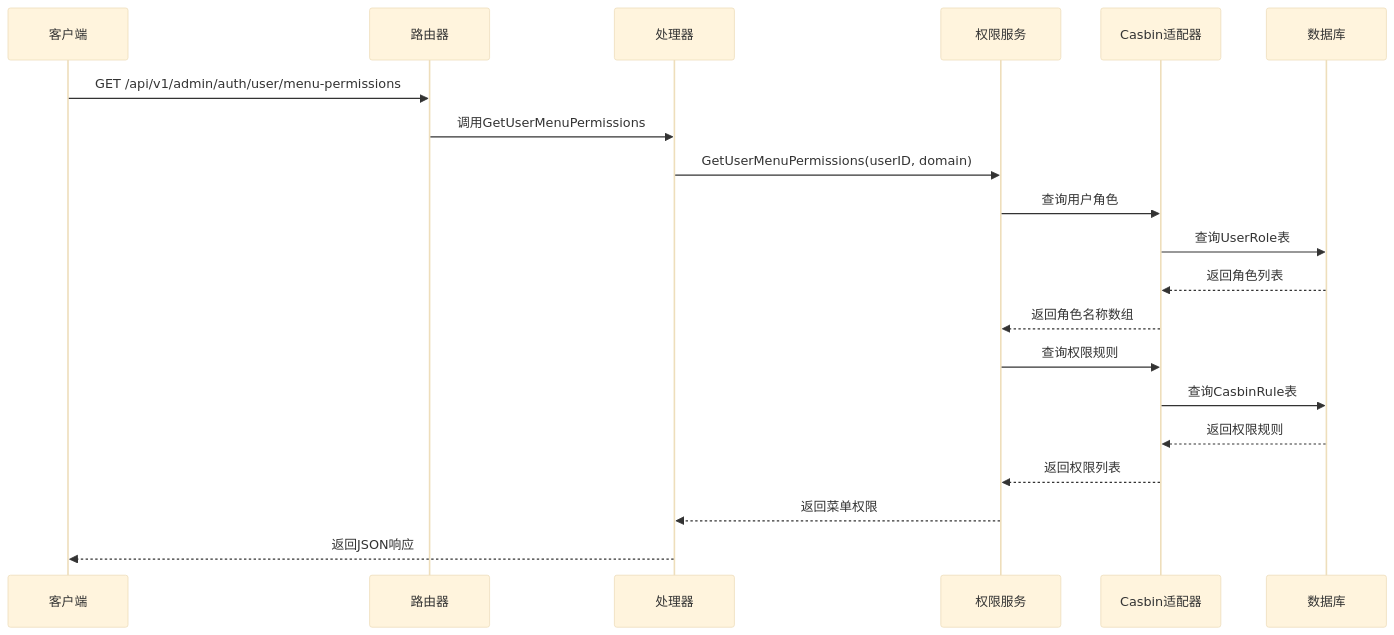
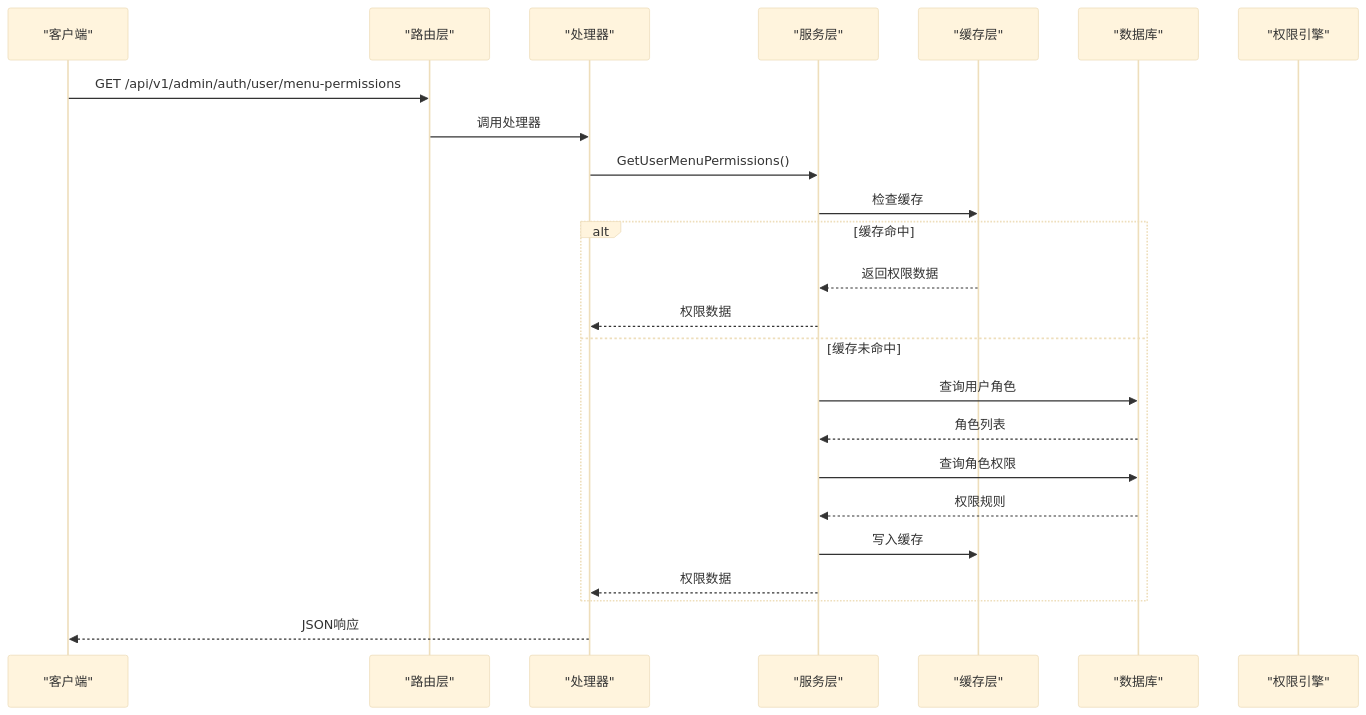
Before and after one commit to wuwuseo/e-sports-go-admin: the third of 9 diagrams in .qoder/repowiki/zh/content/API接口文档/用户权限查询接口.md, drawn with Mermaid (base theme). The commit also changed other lines of this file and 141 other files, not shown here.

````diff
--- a/.qoder/repowiki/zh/content/API接口文档/用户权限查询接口.md
+++ b/.qoder/repowiki/zh/content/API接口文档/用户权限查询接口.md
@@ -128,22 +134,26 @@
 ```mermaid
 sequenceDiagram
-participant Client as 客户端
-participant Router as 路由器
-participant Handler as 处理器
-participant Service as 权限服务
-participant Adapter as Casbin适配器
-participant DB as 数据库
+participant Client as "客户端"
+participant Router as "路由层"
+participant Handler as "处理器"
+participant Service as "服务层"
+participant Cache as "缓存层"
+participant DB as "数据库"
+participant Casbin as "权限引擎"
 Client->>Router : GET /api/v1/admin/auth/user/menu-permissions
-Router->>Handler : 调用GetUserMenuPermissions
-Handler->>Service : GetUserMenuPermissions(userID, domain)
-Service->>Adapter : 查询用户角色
-Adapter->>DB : 查询UserRole表
-DB-->>Adapter : 返回角色列表
-Adapter-->>Service : 返回角色名称数组
-Service->>Adapter : 查询权限规则
-Adapter->>DB : 查询CasbinRule表
-DB-->>Adapter : 返回权限规则
-Adapter-->>Service : 返回权限列表
-Service-->>Handler : 返回菜单权限
-Handler-->>Client : 返回JSON响应
+Router->>Handler : 调用处理器
+Handler->>Service : GetUserMenuPermissions()
+Service->>Cache : 检查缓存
+alt 缓存命中
+Cache-->>Service : 返回权限数据
+Service-->>Handler : 权限数据
+else 缓存未命中
+Service->>DB : 查询用户角色
+DB-->>Service : 角色列表
+Service->>DB : 查询角色权限
+DB-->>Service : 权限规则
+Service->>Cache : 写入缓存
+Service-->>Handler : 权限数据
+end
+Handler-->>Client : JSON响应
 ```
````
